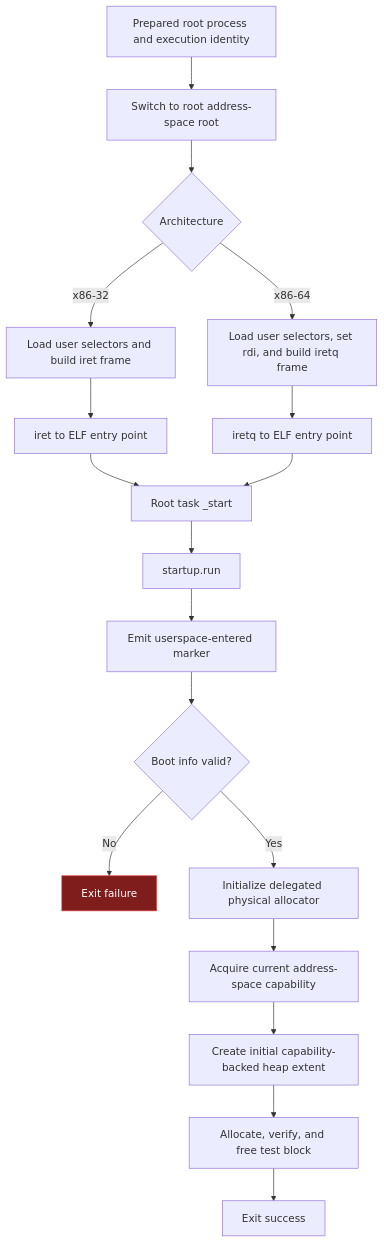
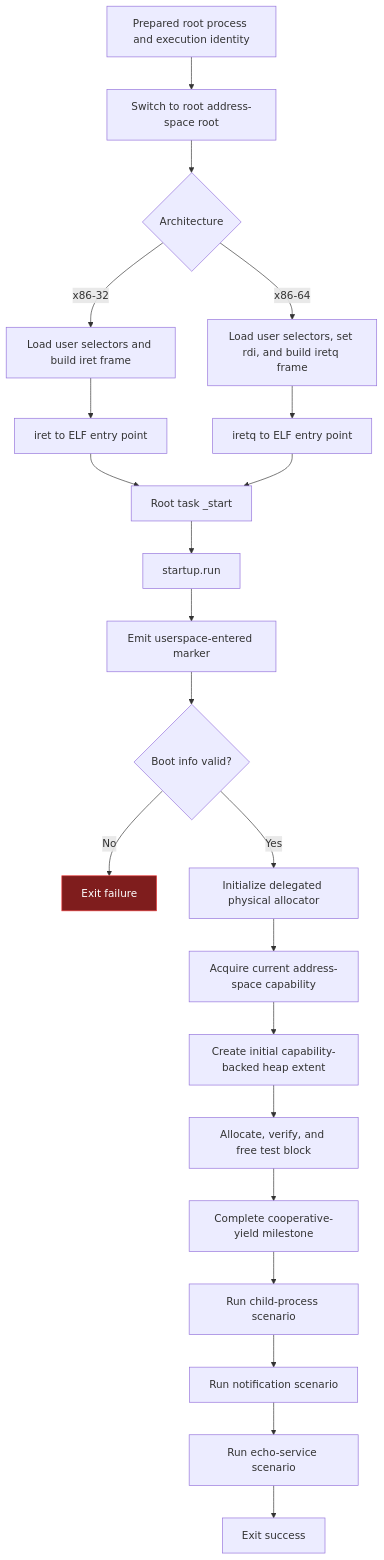
Before and after one commit to bcrew1375/os-development-project: the diagram in docs/flowcharts/userspace-transition.md, drawn with Mermaid. The commit also changed other lines of this file and 37 other files, not shown here.

````diff
--- a/docs/flowcharts/userspace-transition.md
+++ b/docs/flowcharts/userspace-transition.md
@@ -7,23 +7,27 @@
 ```mermaid
 flowchart TD
     prepared[Prepared root process and execution identity] --> switch[Switch to root address-space root]
     switch --> arch{Architecture}
     arch -->|x86-32| frame32[Load user selectors and build iret frame]
     frame32 --> iret[iret to ELF entry point]
     arch -->|x86-64| frame64[Load user selectors, set rdi, and build iretq frame]
     frame64 --> iretq[iretq to ELF entry point]
     iret --> start[Root task _start]
     iretq --> start
     start --> run[startup.run]
     run --> entered[Emit userspace-entered marker]
     entered --> validate{Boot info valid?}
     validate -->|No| fail[Exit failure]
     validate -->|Yes| memory[Initialize delegated physical allocator]
     memory --> address[Acquire current address-space capability]
     address --> heap[Create initial capability-backed heap extent]
     heap --> verify[Allocate, verify, and free test block]
-    verify --> success[Exit success]
+    verify --> yield[Complete cooperative-yield milestone]
+    yield --> children[Run child-process scenario]
+    children --> notify[Run notification scenario]
+    notify --> echo[Run echo-service scenario]
+    echo --> success[Exit success]
 
     classDef failure fill:#7f1d1d,color:#ffffff,stroke:#ef4444;
     class fail failure;
 ```
````
